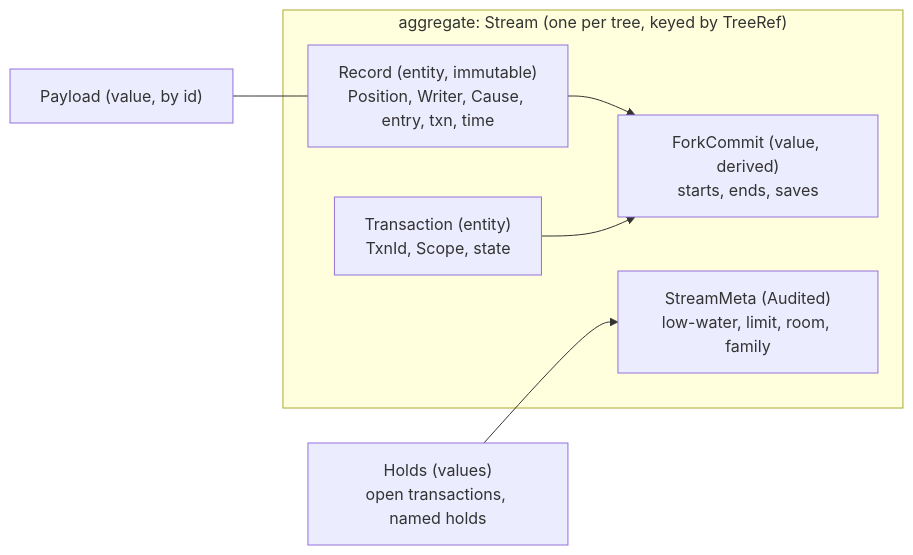
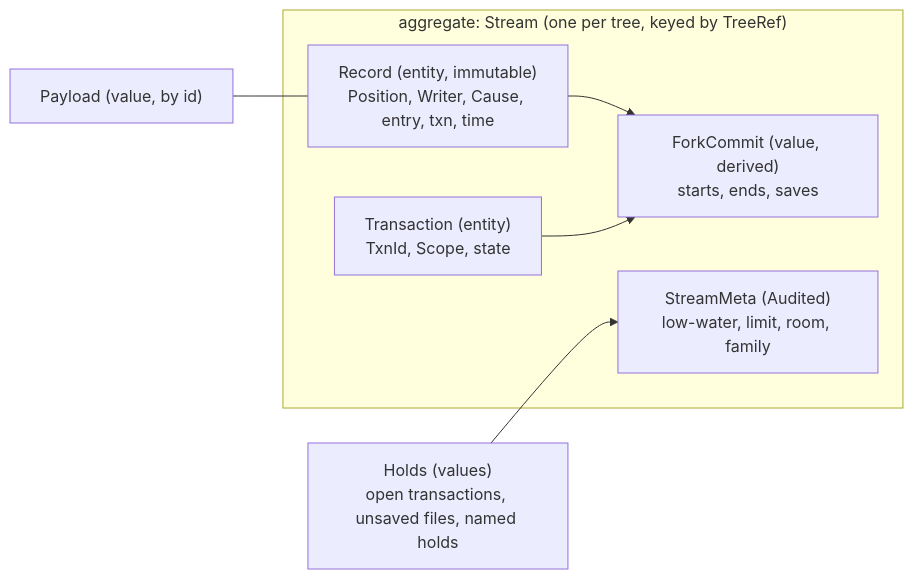
The first of 6 diagrams in docs/target-architecture/domains/journal.md (mcurcio/agentfs), drawn with Mermaid before and after one commit. The commit also changed other lines of this file and 13 other files, not shown here.

````diff
--- a/docs/target-architecture/domains/journal.md
+++ b/docs/target-architecture/domains/journal.md
@@ -42,13 +40,13 @@
 ```mermaid
 flowchart LR
   subgraph Agg["aggregate: Stream (one per tree, keyed by TreeRef)"]
     R["Record (entity, immutable)\nPosition, Writer, Cause, entry, txn, time"]
     T["Transaction (entity)\nTxnId, Scope, state"]
     FC["ForkCommit (value, derived)\nstarts, ends, saves"]
     M["StreamMeta (Audited)\nlow-water, limit, room, family"]
   end
   P["Payload (value, by id)"] --- R
   R --> FC
   T --> FC
-  H["Holds (values)\nopen transactions, named holds"] --> M
+  H["Holds (values)\nopen transactions, unsaved files, named holds"] --> M
 ```
````
